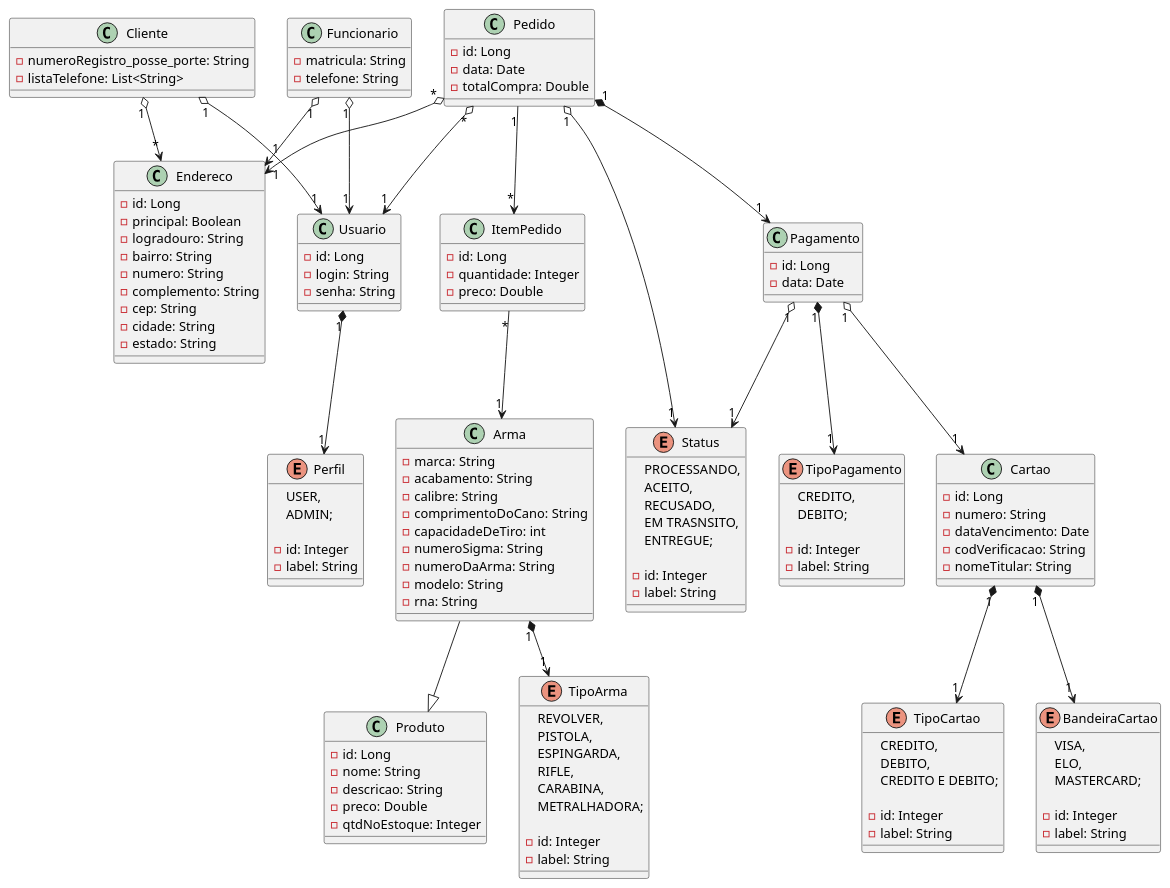
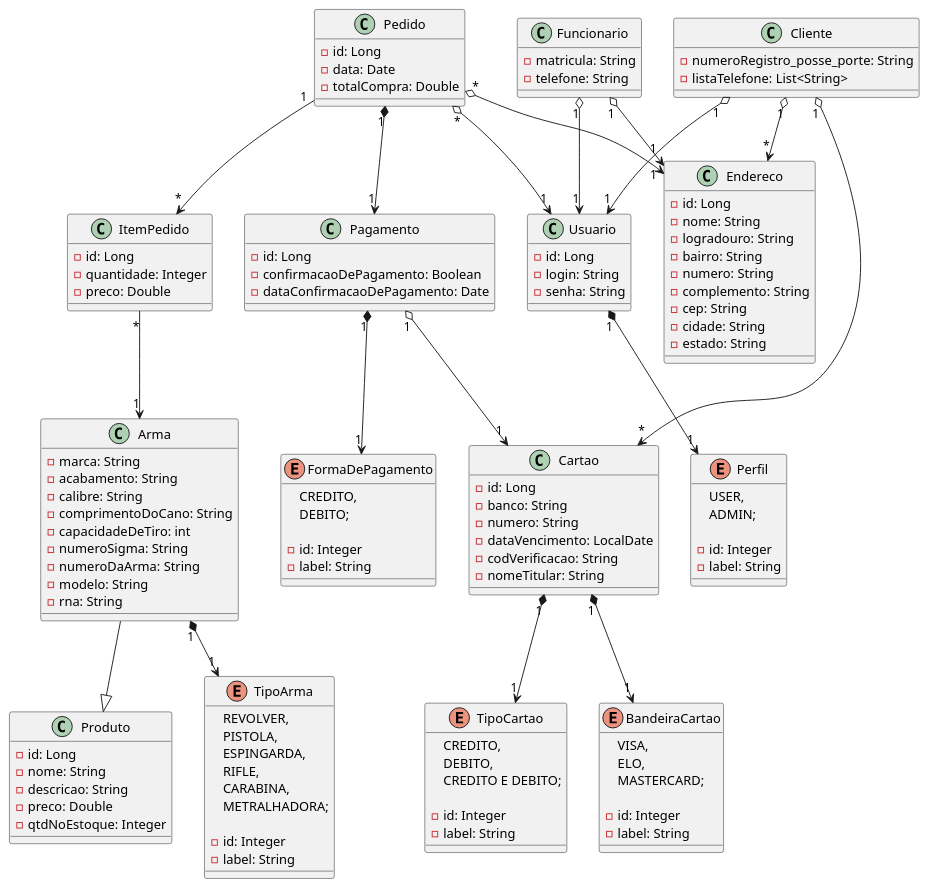
One commit to daniel-ferreira-da-costa/militropa changed the diagram in src/main/java/unitins/tp1/docs/uml_militropa.plantuml. Above: the diagram before and after it, drawn with PlantUML. The commit also changed 21 other files, not shown here.

```diff
--- a/src/main/java/unitins/tp1/docs/uml_militropa.plantuml
+++ b/src/main/java/unitins/tp1/docs/uml_militropa.plantuml
@@ -1,160 +1,150 @@
 @startuml Tabacaria
 '========Produto========='
 class Produto{
     - id: Long
     - nome: String
     - descricao: String
     - preco: Double
     - qtdNoEstoque: Integer
 }
 
 class Arma{
     - marca: String
     - acabamento: String
     - calibre: String
     - comprimentoDoCano: String
     - capacidadeDeTiro: int
     - numeroSigma: String
     - numeroDaArma: String
     - modelo: String
     - rna: String
 }
 
 enum TipoArma{
     REVOLVER,
     PISTOLA,
     ESPINGARDA,
     RIFLE,
     CARABINA,
     METRALHADORA;
 
     - id: Integer
     - label: String
 }
 
 '========Usuario========='
 class Usuario{
     - id: Long
     - login: String
     - senha: String
 }
 
 enum Perfil{
     USER,
     ADMIN;
 
     - id: Integer
     - label: String
 }
 
 class Funcionario{
     - matricula: String
     - telefone: String
 }
 
 class Cliente{
     - numeroRegistro_posse_porte: String
     - listaTelefone: List<String>
 }
 '========Venda========='
 class Pedido {
     - id: Long
     - data: Date
     - totalCompra: Double
 }
 
 class ItemPedido {
     - id: Long
     - quantidade: Integer
     - preco: Double
 }
-
-enum Status{
-    PROCESSANDO,
-    ACEITO,
-    RECUSADO,
-    EM TRASNSITO,
-    ENTREGUE;
-
-    - id: Integer
-    - label: String
-}
 '========Pagamento========='
 class Pagamento{
     - id: Long
-    - data: Date
+    - confirmacaoDePagamento: Boolean
+    - dataConfirmacaoDePagamento: Date
 }
 
 class Cartao{
     - id: Long
+    - banco: String
     - numero: String
-    - dataVencimento: Date
+    - dataVencimento: LocalDate
     - codVerificacao: String
     - nomeTitular: String
 }
 
 enum TipoCartao{
     CREDITO,
     DEBITO,
     CREDITO E DEBITO;
 
     - id: Integer
     - label: String
 }
 
-enum TipoPagamento {
+enum FormaDePagamento {
     CREDITO,
     DEBITO;
 
     - id: Integer
     - label: String
 }
 
 enum BandeiraCartao {
     VISA,
     ELO,
     MASTERCARD;
 
     - id: Integer
     - label: String
 }
 '========Endereco========='
 class Endereco {
     - id: Long
-    - principal: Boolean
+    - nome: String
     - logradouro: String
     - bairro: String
     - numero: String
     - complemento: String
     - cep: String
     - cidade: String
     - estado: String
 }
 
 '========Relacionamentos========='
 
 Pedido "1" *--> "1" Pagamento
 Pedido "1" --> "*" ItemPedido
-Pedido "1" o--> "1" Status
 Pedido "*" o--> "1" Usuario
 Pedido "*" o--> "1" Endereco
 
-Pagamento "1" o--> "1" Status
 Pagamento "1" o--> "1" Cartao
-Pagamento "1" *--> "1" TipoPagamento
+Pagamento "1" *--> "1" FormaDePagamento
 
 Cartao "1" *--> "1" TipoCartao
 Cartao "1" *--> "1" BandeiraCartao
 
 ItemPedido "*" --> "1" Arma
 
 Usuario "1" *--> "1" Perfil
 Funcionario "1" o--> "1" Usuario
 Funcionario "1" o--> "1" Endereco
 Cliente "1" o--> "*" Endereco
 Cliente "1" o--> "1" Usuario
+Cliente "1" o--> "*" Cartao
 
 Arma --|> Produto
 Arma "1" *--> "1" TipoArma
 
 @enduml
```
